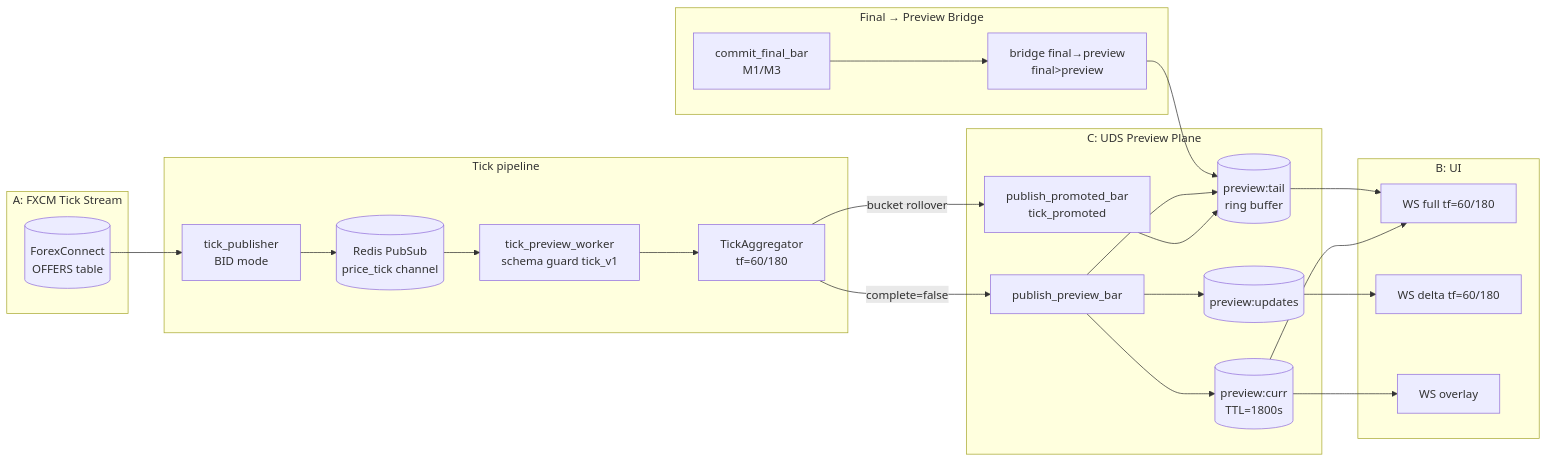
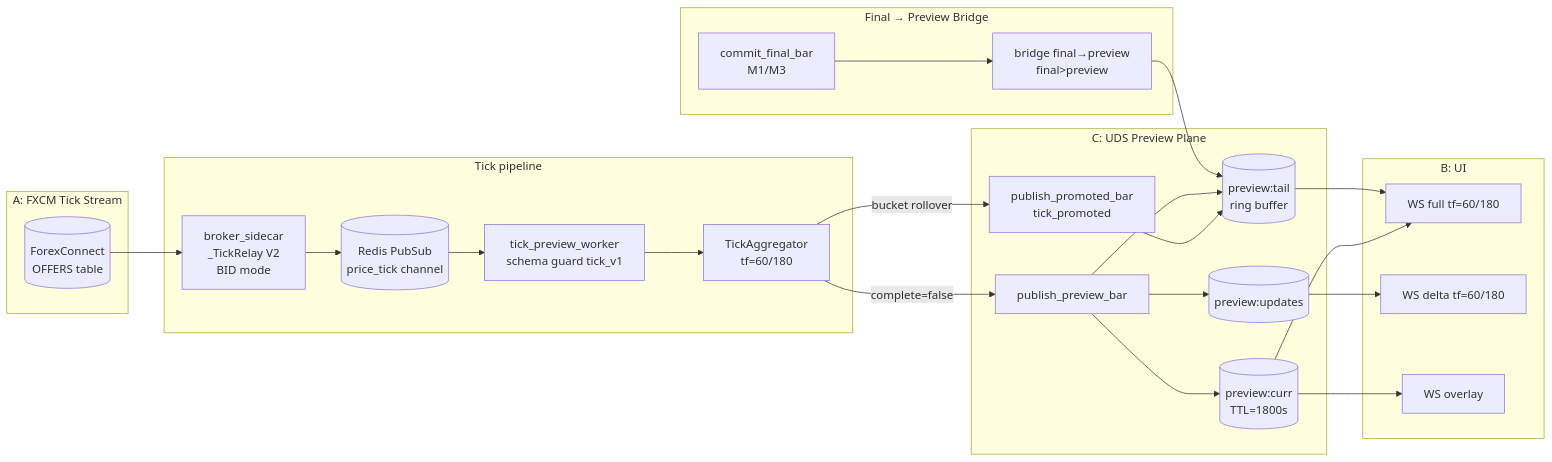
The third of 13 diagrams in docs/system_current_overview.md (Std07-1/v3), drawn with Mermaid before and after one commit. The commit also changed other lines of this file and 6 other files, not shown here.

Commit message:
feat: update broker_sidecar to integrate FXCM tick relay V2 and deprecate tick_publisher_fxcm

````diff
--- a/docs/system_current_overview.md
+++ b/docs/system_current_overview.md
@@ -312,41 +313,41 @@
 ```mermaid
 flowchart LR
     subgraph Broker["A: FXCM Tick Stream"]
         OFFERS[(ForexConnect<br/>OFFERS table)]
     end
     subgraph Tick["Tick pipeline"]
-        TP[tick_publisher<br/>BID mode]
+        TP[broker_sidecar<br/>_TickRelay V2<br/>BID mode]
         PS[(Redis PubSub<br/>price_tick channel)]
         TW[tick_preview_worker<br/>schema guard tick_v1]
         TA[TickAggregator<br/>tf=60/180]
     end
     subgraph UDS_P["C: UDS Preview Plane"]
         PPB[publish_preview_bar]
         PRD[publish_promoted_bar<br/>tick_promoted]
         PCUR[(preview:curr<br/>TTL=1800s)]
         PTAIL[(preview:tail<br/>ring buffer)]
         PUPD[(preview:updates)]
     end
     subgraph Final_Bridge["Final → Preview Bridge"]
         CFB2[commit_final_bar<br/>M1/M3]
         BRG[bridge final→preview<br/>final>preview]
     end
     subgraph UI_P["B: UI"]
         BARSM1[WS full tf=60/180]
         UPDM1[WS delta tf=60/180]
         OVL[WS overlay]
     end
 
     OFFERS --> TP --> PS --> TW --> TA
     TA -->|complete=false| PPB --> PCUR
     TA -->|bucket rollover| PRD --> PTAIL
     PPB --> PTAIL
     PPB --> PUPD
 
     CFB2 --> BRG --> PTAIL
 
     PCUR --> BARSM1
     PTAIL --> BARSM1
     PUPD --> UPDM1
     PCUR --> OVL
 ```
````
